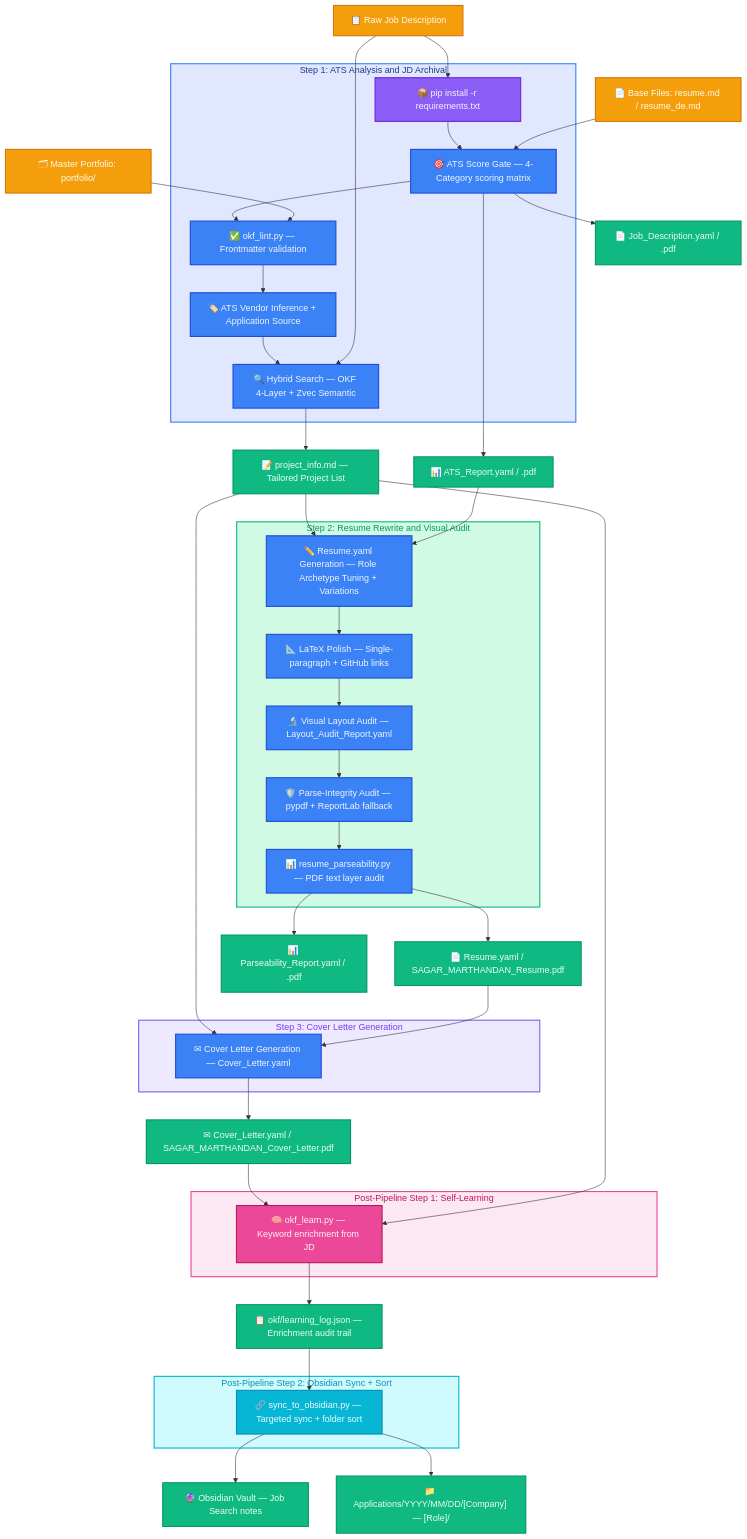
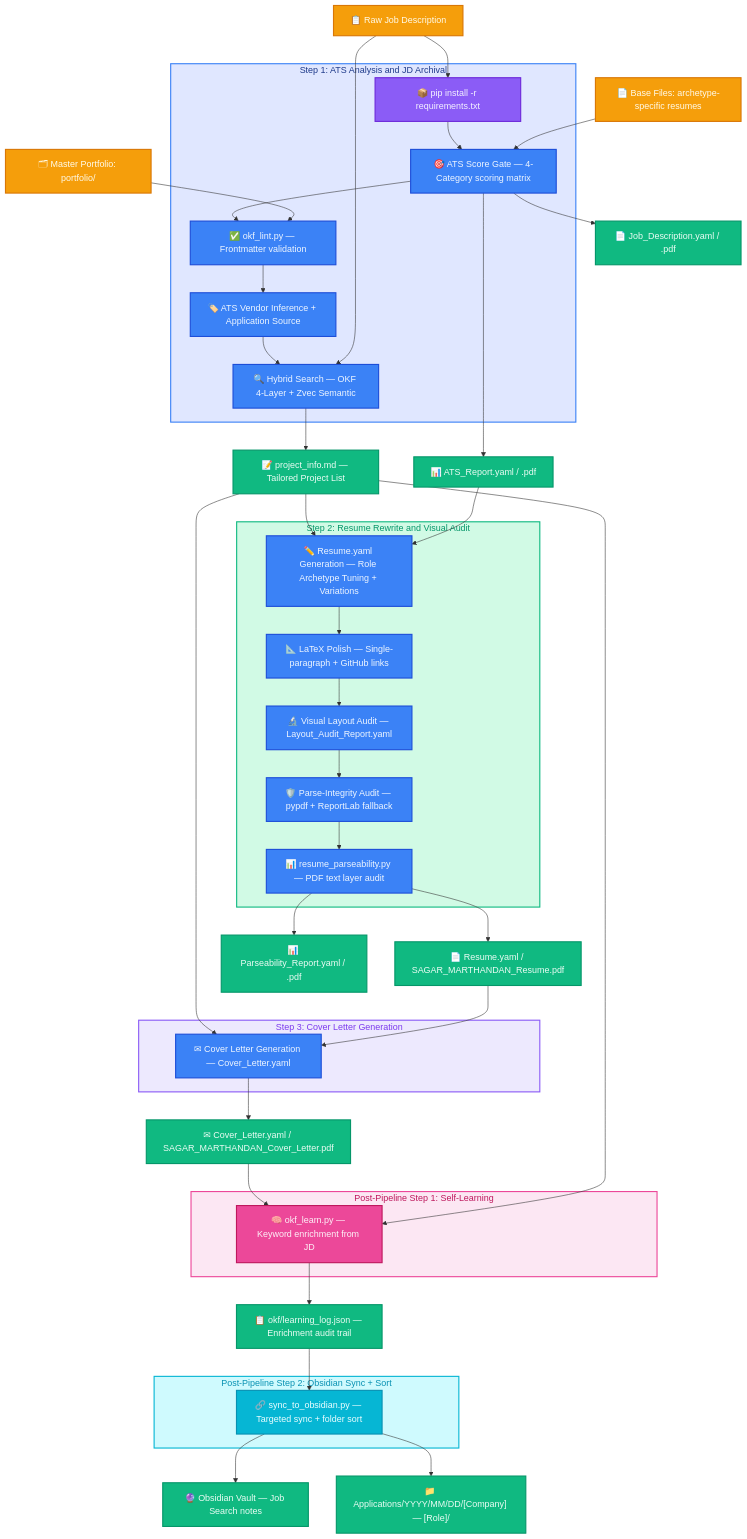
The diagram in README.md (SagarMarthandan/okf-cv), drawn with Mermaid before and after one commit. The commit also changed other lines of this file and 7 other files, not shown here.

```diff
--- a/README.md
+++ b/README.md
@@ -31,7 +31,7 @@
 
     %% Elements
     JD["📋 Raw Job Description"]:::input
-    BaseFiles["📄 Base Files: resume.md / resume_de.md"]:::input
+    BaseFiles["📄 Base Files: archetype-specific resumes"]:::input
     RepoInfo["🗂 Master Portfolio: portfolio/"]:::input
 
     subgraph Step1 ["Step 1: ATS Analysis and JD Archival"]
```
